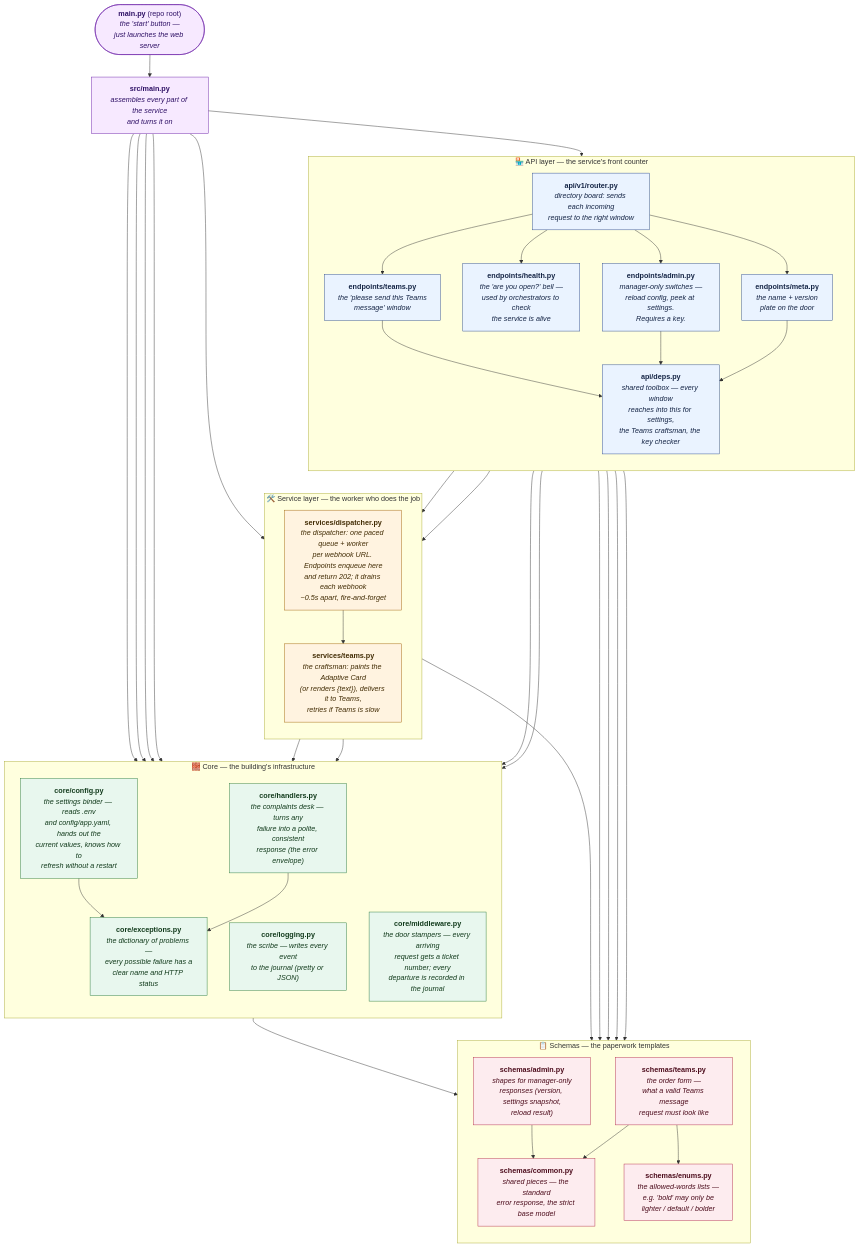
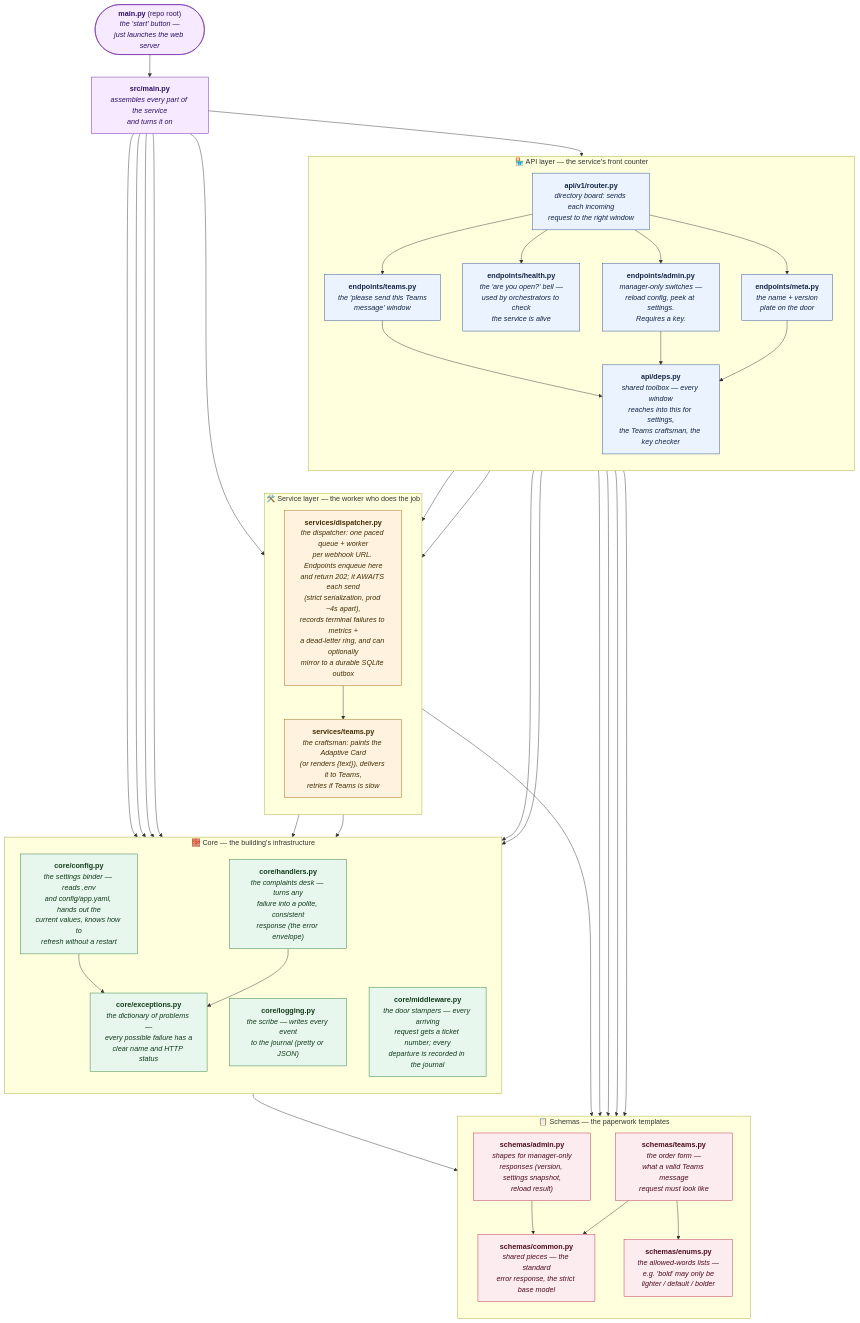
One commit to AnsImran/instant_messages_microservice changed the second of 2 diagrams in README.md. Above: the diagram before and after it, drawn with Mermaid. The commit also changed other lines of this file, not shown here.

```diff
--- a/README.md
+++ b/README.md
@@ -92,7 +92,7 @@
     subgraph SVC ["🛠️ Service layer — the worker who does the job"]
       direction TB
       svc["<b>services/teams.py</b><br/><i>the craftsman: paints the Adaptive Card<br/>(or renders {text}), delivers it to Teams,<br/>retries if Teams is slow</i>"]
-      disp["<b>services/dispatcher.py</b><br/><i>the dispatcher: one paced queue + worker<br/>per webhook URL. Endpoints enqueue here<br/>and return 202; it drains each webhook<br/>~0.5s apart, fire-and-forget</i>"]
+      disp["<b>services/dispatcher.py</b><br/><i>the dispatcher: one paced queue + worker<br/>per webhook URL. Endpoints enqueue here<br/>and return 202; it AWAITS each send<br/>(strict serialization, prod ~4s apart),<br/>records terminal failures to metrics +<br/>a dead-letter ring, and can optionally<br/>mirror to a durable SQLite outbox</i>"]
       disp --> svc
     end
 
```
